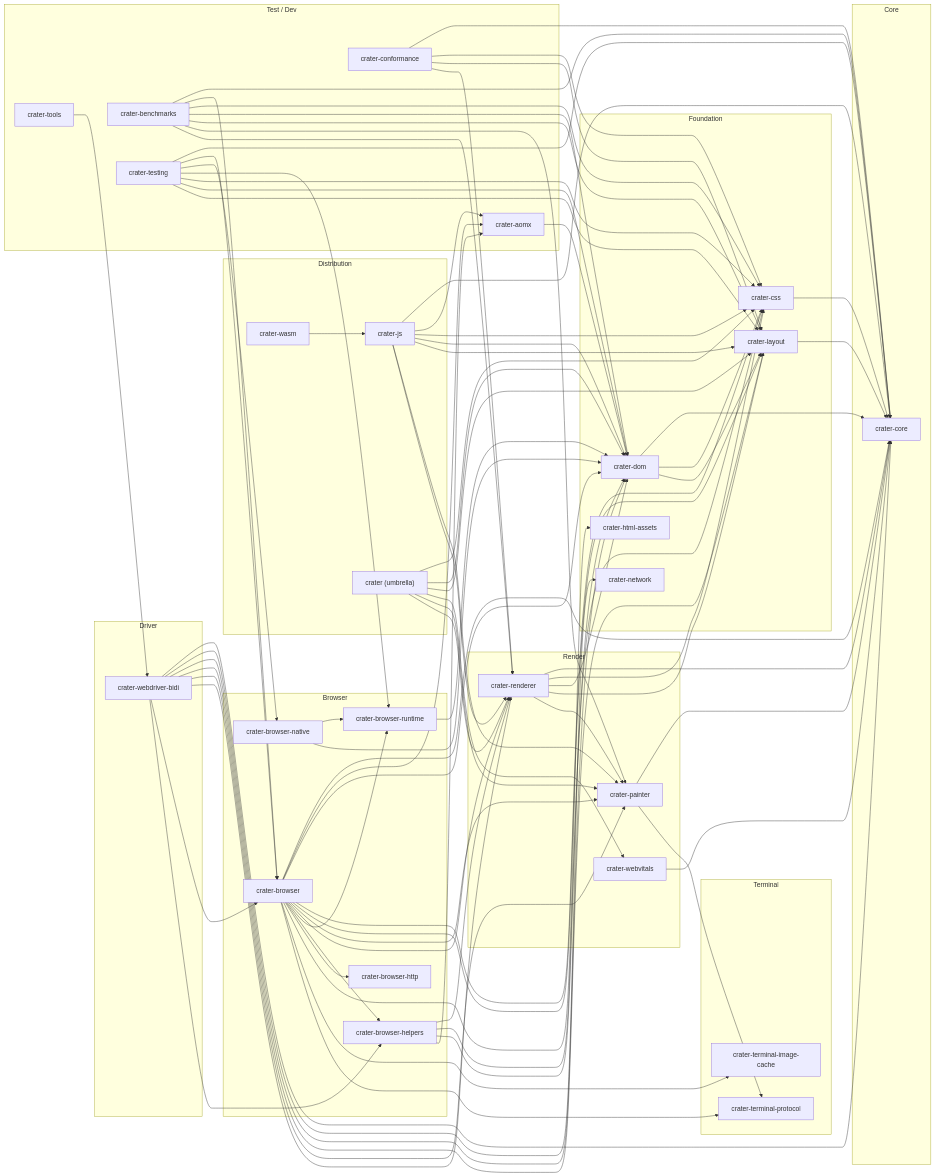
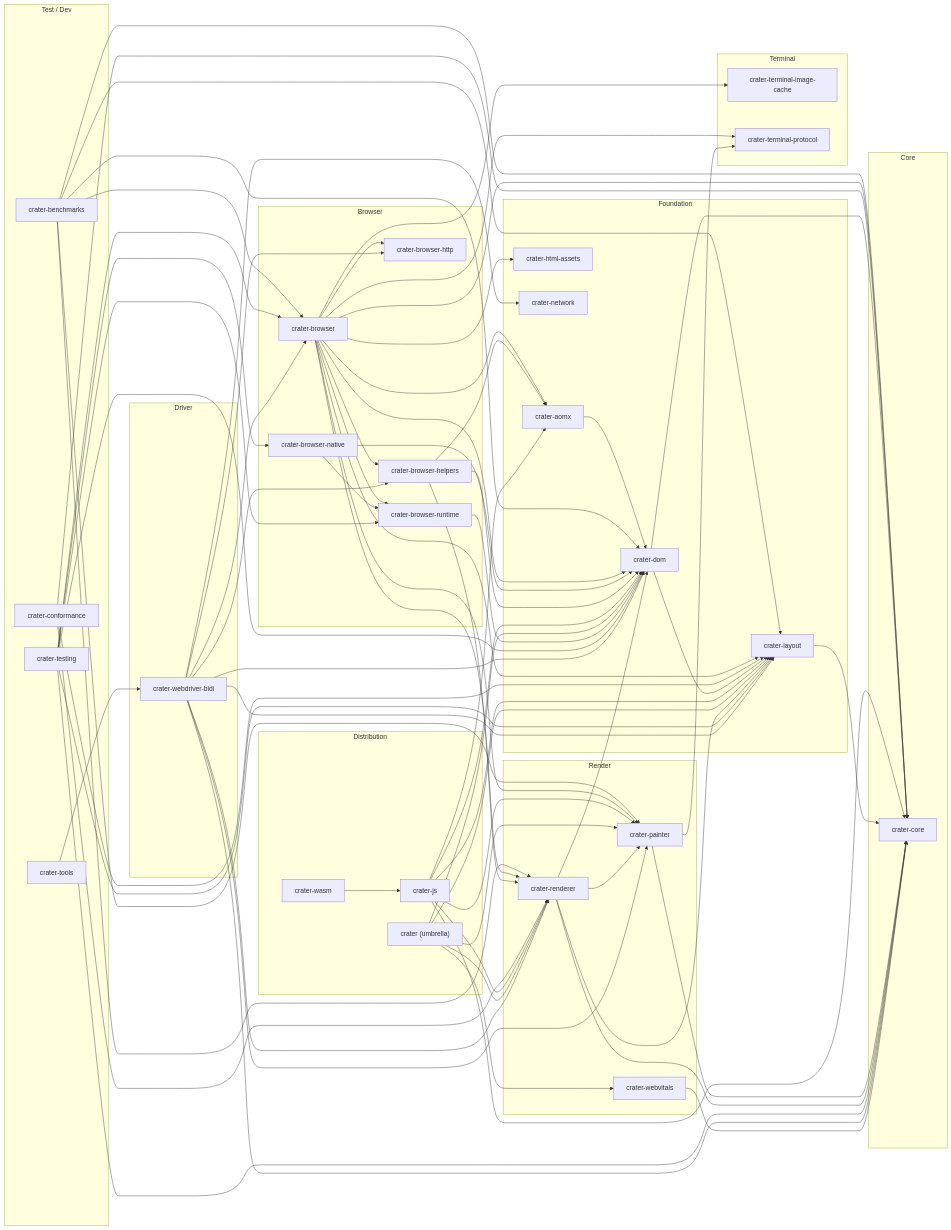
The diagram in docs/module-graph.md (mizchi/crater), drawn with Mermaid before and after one commit. The commit also changed other lines of this file and 46 other files, not shown here.

````diff
--- a/docs/module-graph.md
+++ b/docs/module-graph.md
@@ -12,7 +12,7 @@
     mizchi_crater_core["crater-core"]
   end
   subgraph Foundation["Foundation"]
-    mizchi_crater_css["crater-css"]
+    mizchi_crater_aomx["crater-aomx"]
     mizchi_crater_dom["crater-dom"]
     mizchi_crater_html_assets["crater-html-assets"]
     mizchi_crater_layout["crater-layout"]
@@ -42,8 +42,7 @@
     mizchi_crater["crater (umbrella)"]
     mizchi_crater_wasm["crater-wasm"]
   end
-  subgraph Test _ Dev["Test / Dev"]
-    mizchi_crater_aomx["crater-aomx"]
+  subgraph Test___Dev["Test / Dev"]
     mizchi_crater_benchmarks["crater-benchmarks"]
     mizchi_crater_conformance["crater-conformance"]
     mizchi_crater_testing["crater-testing"]
@@ -53,7 +52,6 @@
   mizchi_crater_aomx --> mizchi_crater_dom
   mizchi_crater_benchmarks --> mizchi_crater_core
   mizchi_crater_benchmarks --> mizchi_crater_browser
-  mizchi_crater_benchmarks --> mizchi_crater_css
   mizchi_crater_benchmarks --> mizchi_crater_dom
   mizchi_crater_benchmarks --> mizchi_crater_layout
   mizchi_crater_benchmarks --> mizchi_crater_painter
@@ -61,7 +59,6 @@
   mizchi_crater_browser --> mizchi_crater_core
   mizchi_crater_browser --> mizchi_crater_aomx
   mizchi_crater_browser --> mizchi_crater_dom
-  mizchi_crater_browser --> mizchi_crater_css
   mizchi_crater_browser --> mizchi_crater_layout
   mizchi_crater_browser --> mizchi_crater_painter
   mizchi_crater_browser --> mizchi_crater_renderer
@@ -74,26 +71,20 @@
   mizchi_crater_browser_native --> mizchi_crater_browser_runtime
   mizchi_crater_browser_native --> mizchi_crater_dom
   mizchi_crater_browser_helpers --> mizchi_crater_renderer
-  mizchi_crater_browser_helpers --> mizchi_crater_css
   mizchi_crater_browser_helpers --> mizchi_crater_dom
   mizchi_crater_browser_helpers --> mizchi_crater_aomx
   mizchi_crater_conformance --> mizchi_crater_core
-  mizchi_crater_conformance --> mizchi_crater_css
   mizchi_crater_conformance --> mizchi_crater_layout
   mizchi_crater_conformance --> mizchi_crater_renderer
-  mizchi_crater_css --> mizchi_crater_core
   mizchi_crater_dom --> mizchi_crater_core
-  mizchi_crater_dom --> mizchi_crater_css
   mizchi_crater_dom --> mizchi_crater_layout
   mizchi_crater_js --> mizchi_crater_core
   mizchi_crater_js --> mizchi_crater_aomx
-  mizchi_crater_js --> mizchi_crater_css
   mizchi_crater_js --> mizchi_crater_dom
   mizchi_crater_js --> mizchi_crater_layout
   mizchi_crater_js --> mizchi_crater_painter
   mizchi_crater_js --> mizchi_crater_renderer
   mizchi_crater_layout --> mizchi_crater_core
-  mizchi_crater --> mizchi_crater_css
   mizchi_crater --> mizchi_crater_dom
   mizchi_crater --> mizchi_crater_layout
   mizchi_crater --> mizchi_crater_webvitals
@@ -102,7 +93,6 @@
   mizchi_crater_painter --> mizchi_crater_core
   mizchi_crater_painter --> mizchi_crater_terminal_protocol
   mizchi_crater_renderer --> mizchi_crater_core
-  mizchi_crater_renderer --> mizchi_crater_css
   mizchi_crater_renderer --> mizchi_crater_dom
   mizchi_crater_renderer --> mizchi_crater_layout
   mizchi_crater_renderer --> mizchi_crater_painter
@@ -111,7 +101,6 @@
   mizchi_crater_testing --> mizchi_crater_browser
   mizchi_crater_testing --> mizchi_crater_browser_native
   mizchi_crater_testing --> mizchi_crater_browser_runtime
-  mizchi_crater_testing --> mizchi_crater_css
   mizchi_crater_testing --> mizchi_crater_dom
   mizchi_crater_testing --> mizchi_crater_layout
   mizchi_crater_tools --> mizchi_crater_webdriver_bidi
@@ -123,6 +112,7 @@
   mizchi_crater_webdriver_bidi --> mizchi_crater_painter
   mizchi_crater_webdriver_bidi --> mizchi_crater_renderer
   mizchi_crater_webdriver_bidi --> mizchi_crater_browser
+  mizchi_crater_webdriver_bidi --> mizchi_crater_browser_http
   mizchi_crater_webdriver_bidi --> mizchi_crater_browser_helpers
   mizchi_crater_webvitals --> mizchi_crater_core
 ```
````
